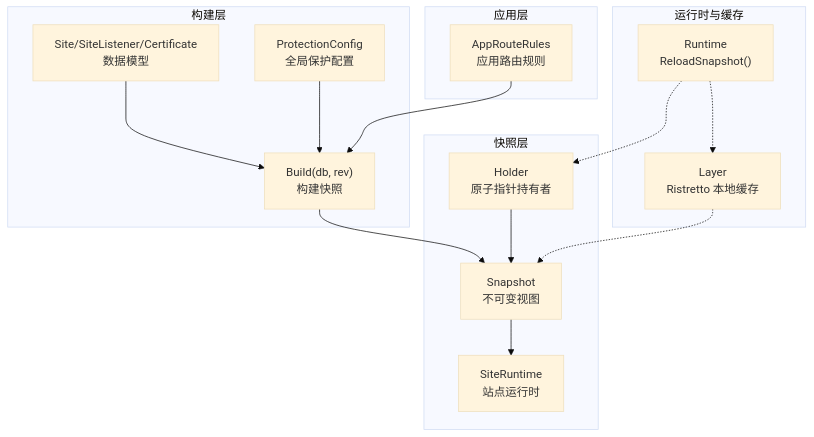
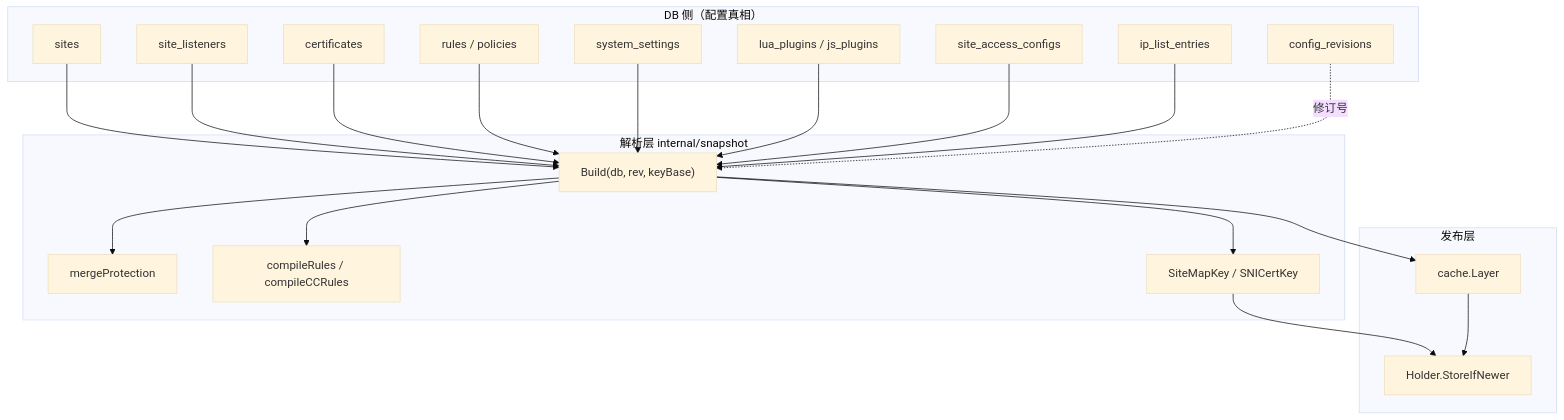
One commit to x01n/My-OpenWaf changed the first of 6 diagrams in docs/配置管理系统/配置快照机制.md. Above: the diagram before and after it, drawn with Mermaid (base theme). The commit also changed other lines of this file and 622 other files, not shown here.

````diff
--- a/docs/配置管理系统/配置快照机制.md
+++ b/docs/配置管理系统/配置快照机制.md
@@ -50,29 +80,39 @@
 ```mermaid
 graph TB
-subgraph "快照层"
-S["Snapshot<br/>不可变视图"]
-SR["SiteRuntime<br/>站点运行时"]
-SH["Holder<br/>原子指针持有者"]
+subgraph "DB 侧（配置真相）"
+Sites["sites"]
+Listeners["site_listeners"]
+Certs["certificates"]
+Rules["rules / policies"]
+Settings["system_settings"]
+Plugins["lua_plugins / js_plugins"]
+Access["site_access_configs"]
+IPList["ip_list_entries"]
+Rev["config_revisions"]
 end
-subgraph "构建层"
-B["Build(db, rev)<br/>构建快照"]
-PC["ProtectionConfig<br/>全局保护配置"]
-SC["Site/SiteListener/Certificate<br/>数据模型"]
+subgraph "解析层 internal/snapshot"
+BuildFn["Build(db, rev, keyBase)"]
+Merge["mergeProtection"]
+Compile["compileRules / compileCCRules"]
+Keys["SiteMapKey / SNICertKey"]
 end
-subgraph "运行时与缓存"
-RT["Runtime<br/>ReloadSnapshot()"]
-LC["Layer<br/>Ristretto 本地缓存"]
+subgraph "发布层"
+Holder["Holder.StoreIfNewer"]
+Layer["cache.Layer"]
 end
-subgraph "应用层"
-AR["AppRouteRules<br/>应用路由规则"]
-end
-SC --> B
-PC --> B
-AR --> B
-B --> S
-S --> SR
-SH --> S
-RT -.-> SH
-RT -.-> LC
-LC -.-> S
+Sites --> BuildFn
+Listeners --> BuildFn
+Certs --> BuildFn
+Rules --> BuildFn
+Settings --> BuildFn
+Plugins --> BuildFn
+Access --> BuildFn
+IPList --> BuildFn
+Rev -.修订号.-> BuildFn
+BuildFn --> Merge
+BuildFn --> Compile
+BuildFn --> Keys
+BuildFn --> Layer
+Keys --> Holder
+Layer --> Holder
 ```
````
